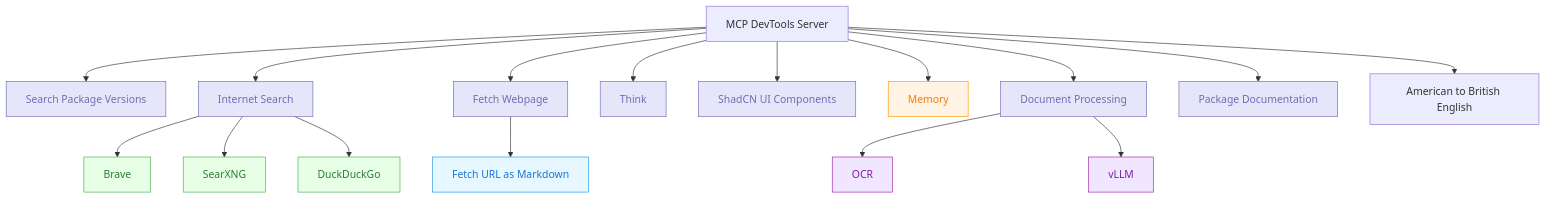
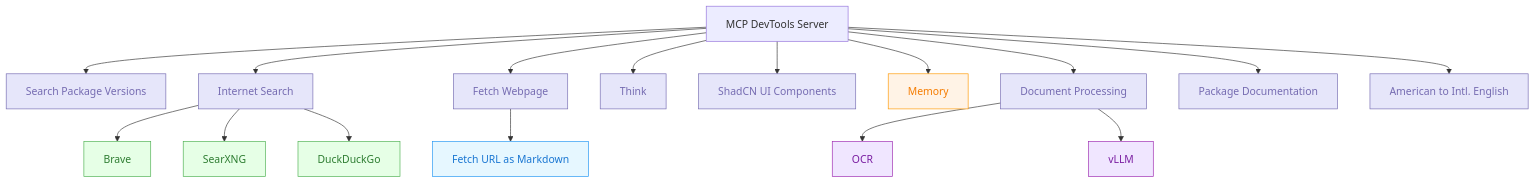
Before and after one commit to sammcj/mcp-devtools: the diagram in README.md, drawn with Mermaid. The commit also changed other lines of this file, not shown here.

````diff
--- a/README.md
+++ b/README.md
@@ -7,37 +7,37 @@
 ```mermaid
 graph TD
     A[MCP DevTools Server] --> B[Search Package Versions]
     A --> C[Internet Search]
     A --> D[Fetch Webpage]
     A --> E[Think]
     A --> F[ShadCN UI Components]
     A --> G[Memory]
     A --> H[Document Processing]
     A --> I[Package Documentation]
-    A --> J[American to British English]
+    A --> J[American to Intl. English]
 
     C --> C1[Brave]
     C --> C2[SearXNG]
     C --> C3[DuckDuckGo]
 
     D --> D1[Fetch URL as Markdown]
 
     H --> H5[OCR]
     H --> H6[vLLM]
 
     classDef toolCategory fill:#E6E6FA,stroke:#756BB1,color:#756BB1
     classDef tool fill:#EFF3FF,stroke:#9ECAE1,color:#3182BD
     classDef searchTool fill:#E6FFE6,stroke:#4CAF50,color:#2E7D32
     classDef memoryTool fill:#FFF3E6,stroke:#FF9800,color:#F57C00
     classDef webTool fill:#E6F7FF,stroke:#2196F3,color:#1976D2
     classDef docTool fill:#F0E6FF,stroke:#9C27B0,color:#7B1FA2
     classDef packageTool fill:#FFF0E6,stroke:#FF6B35,color:#D84315
 
-    class B,C,D,E,F,H,I toolCategory
+    class B,C,D,E,F,H,I,J toolCategory
     class B1,B2,E1,F1 tool
     class B1,C1,C2,C3 searchTool
     class G memoryTool
     class D1 webTool
     class H1,H2,H3,H4,H5,H6 docTool
     class I1,I2 packageTool
 ```
````
